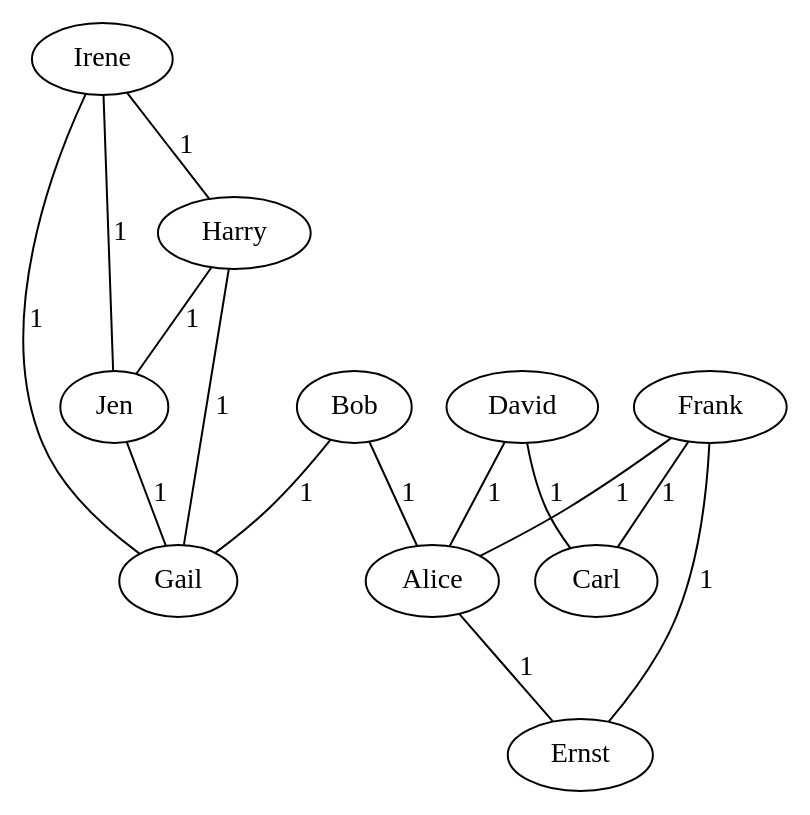
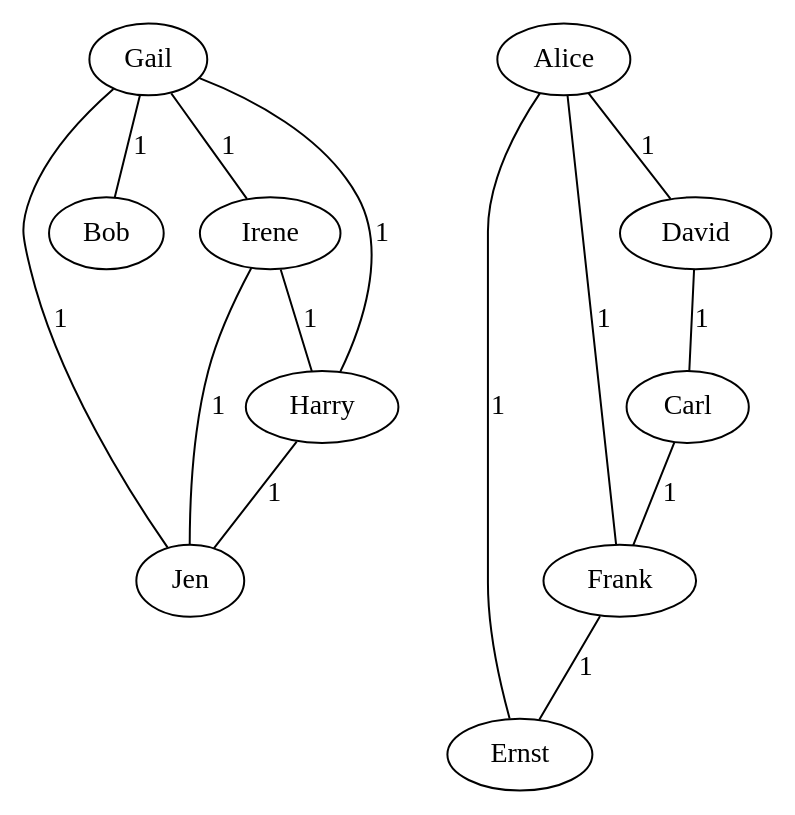
The diagram in lab2/testGraph.dot (Czudo/Graphs), drawn with Graphviz before and after one commit. The commit also changed 5 other files, not shown here.

```diff
--- a/lab2/testGraph.dot
+++ b/lab2/testGraph.dot
@@ -1,16 +1,15 @@
 strict graph{
-"Bob" -- "Gail" [ label = 1 ]
-"Bob" -- "Alice" [ label = 1 ]
+"Gail" -- "Jen" [ label = 1 ]
+"Gail" -- "Bob" [ label = 1 ]
+"Gail" -- "Irene" [ label = 1 ]
+"Gail" -- "Harry" [ label = 1 ]
+"Irene" -- "Jen" [ label = 1 ]
+"Irene" -- "Harry" [ label = 1 ]
+"Harry" -- "Jen" [ label = 1 ]
+"Alice" -- "Ernst" [ label = 1 ]
+"Alice" -- "Frank" [ label = 1 ]
+"Alice" -- "David" [ label = 1 ]
+"David" -- "Carl" [ label = 1 ]
+"Carl" -- "Frank" [ label = 1 ]
 "Frank" -- "Ernst" [ label = 1 ]
-"Frank" -- "Carl" [ label = 1 ]
-"Frank" -- "Alice" [ label = 1 ]
-"Irene" -- "Harry" [ label = 1 ]
-"Irene" -- "Jen" [ label = 1 ]
-"Irene" -- "Gail" [ label = 1 ]
-"David" -- "Carl" [ label = 1 ]
-"David" -- "Alice" [ label = 1 ]
-"Harry" -- "Jen" [ label = 1 ]
-"Harry" -- "Gail" [ label = 1 ]
-"Jen" -- "Gail" [ label = 1 ]
-"Alice" -- "Ernst" [ label = 1 ]
 }
```
